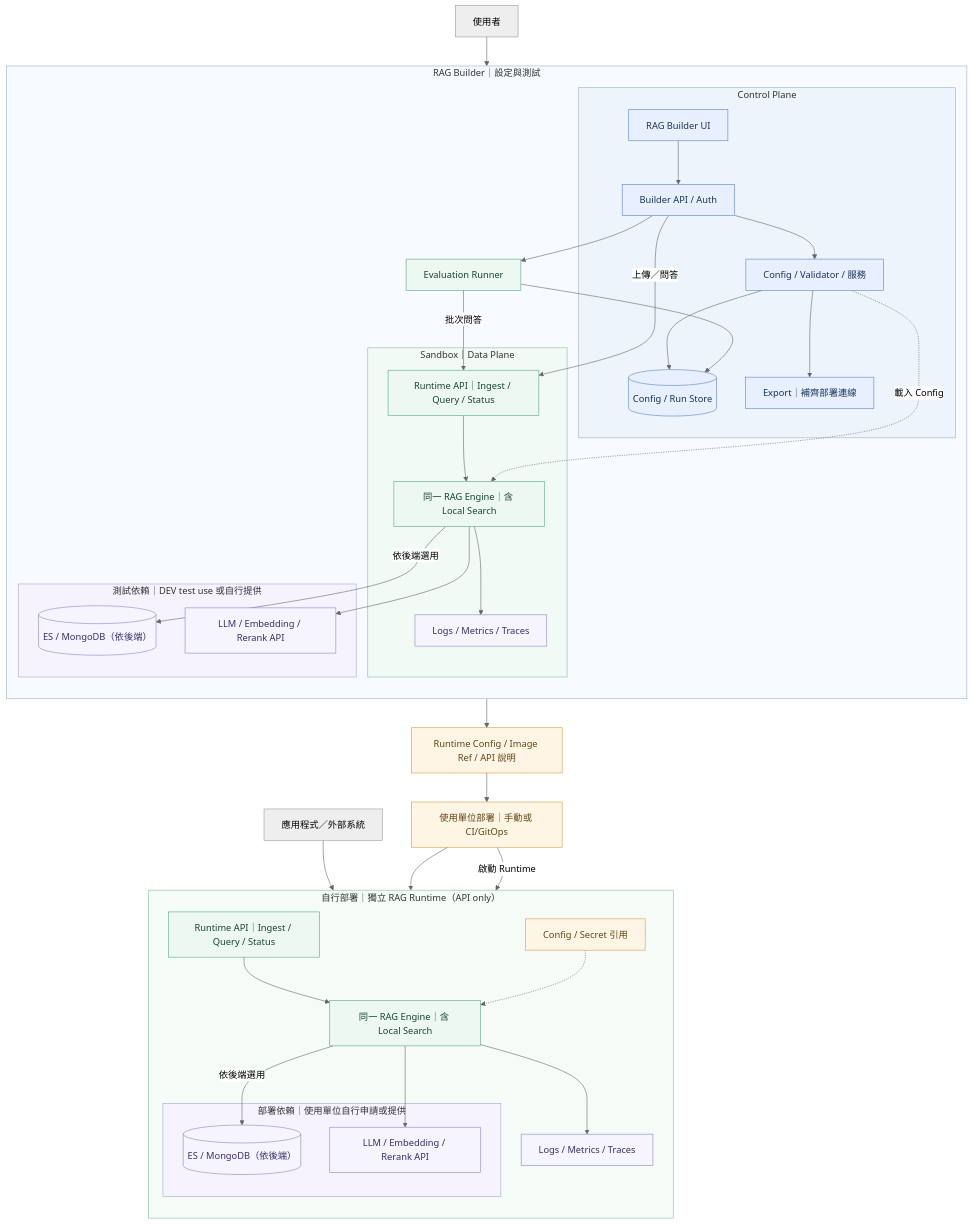
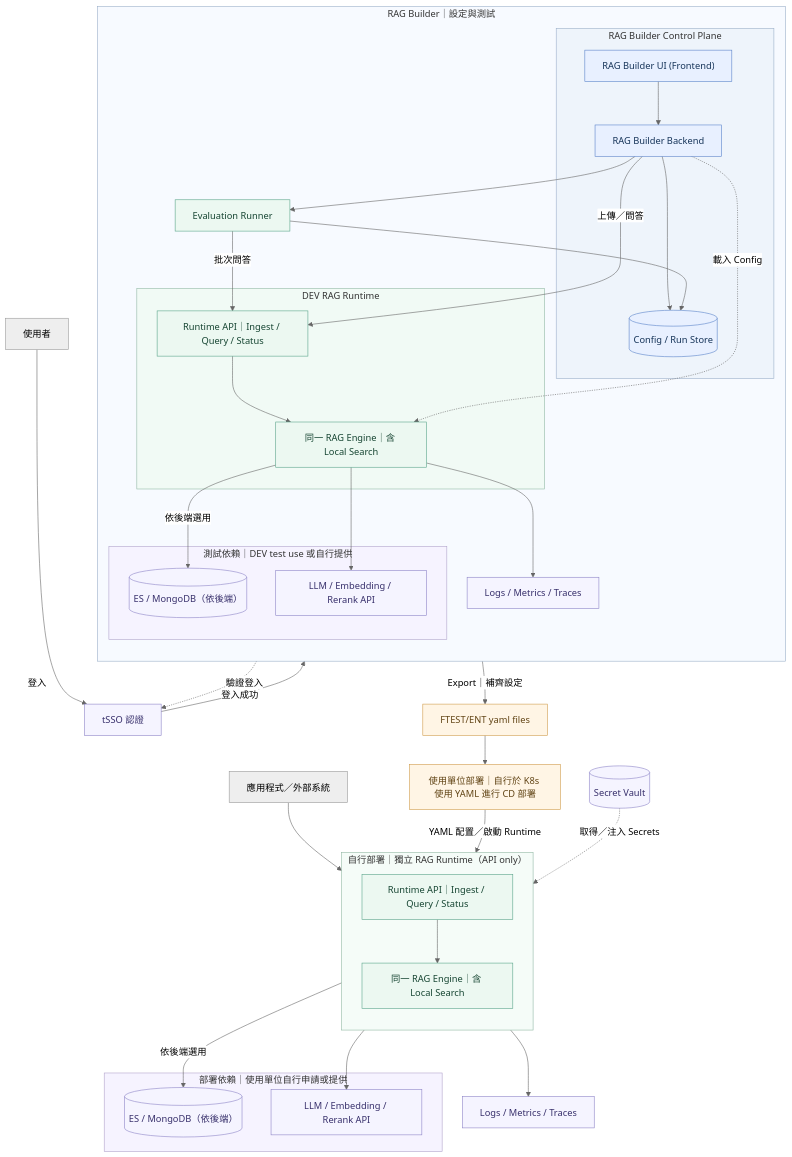
Before and after one commit to SunnyWenwen/rag_platform: the diagram in diagrams/02_infra_architecture.mmd, drawn with Mermaid (neutral theme). The commit also changed other lines of this file and 3 other files, not shown here.

Commit message:
docs: clarify Builder control plane SSO and independent Runtime boundaries

```diff
--- a/diagrams/02_infra_architecture.mmd
+++ b/diagrams/02_infra_architecture.mmd
@@ -1,73 +1,74 @@
 flowchart TB
-  %% 2026-10-14: target architecture; runtime, APIs and deployment are not implemented yet.
-  %% Both environments use the same versioned Engine and Runtime API contract.
-  %% Local Search runs ingestion and inference in one process; Memory needs re-ingestion after restart.
-  %% Optional MongoDB persists Chunks/vectors for rebuilding FAISS and BM25, not for searching.
-  %% FAISS/BM25/Memory live inside the Engine; external DB nodes are conditional, not required by Memory.
+  %% Target architecture; tSSO, Runtime, Secret Vault and CD integration are not implemented in the Prototype.
+  %% tSSO edges show the login/authentication relationship, not a proxy for every business request.
+  %% Frontend and Backend form the RAG Builder Control Plane; Config/Validator/service settings/Export are Backend functions.
+  %% Both Runtime environments use the same versioned Engine and API contract.
+  %% Local Search lives inside the Engine; optional MongoDB persists Chunks/vectors, not the search operation.
+  %% The independent Runtime boundary contains only Runtime API and Engine; dependencies, Vault and observability are external.
 
-  USER["使用者"] --> UI
+  USER["使用者"] -->|登入| SSO["tSSO 認證"]
+  SSO -->|登入成功| UI
 
   subgraph DEV["RAG Builder｜設定與測試"]
     direction TB
-    subgraph CP["Control Plane"]
-      UI["RAG Builder UI"] --> PAPI["Builder API / Auth"]
-      PAPI --> CONF["Config / Validator / 服務"]
-      CONF --> META[("Config / Run Store")]
-      CONF --> EXPORT["Export｜補齊部署連線"]
+    subgraph CP["RAG Builder Control Plane"]
+      UI["RAG Builder UI (Frontend)"] --> BACKEND["RAG Builder Backend"]
+      BACKEND --> META[("Config / Run Store")]
     end
 
-    PAPI -->|"上傳／問答"| DAPI
-    PAPI --> EVAL["Evaluation Runner"]
+    BACKEND -->|"上傳／問答"| DAPI
+    BACKEND --> EVAL["Evaluation Runner"]
     EVAL -->|"批次問答"| DAPI
     EVAL --> META
 
-    subgraph SANDBOX["Sandbox｜Data Plane"]
+    subgraph SANDBOX["DEV RAG Runtime"]
       DAPI["Runtime API｜Ingest / Query / Status"] --> DENGINE["同一 RAG Engine｜含 Local Search"]
-      CONF -.->|"載入 Config"| DENGINE
-      DENGINE --> DOBS["Logs / Metrics / Traces"]
+      BACKEND -.->|"載入 Config"| DENGINE
     end
+
+    DENGINE --> DOBS["Logs / Metrics / Traces"]
 
     subgraph DRES["測試依賴｜DEV test use 或自行提供"]
       DSEARCH[("ES / MongoDB（依後端）")]
       DMODEL["LLM / Embedding / Rerank API"]
     end
     DENGINE -->|"依後端選用"| DSEARCH
     DENGINE --> DMODEL
   end
 
-  EXPORT --> BUNDLE["Runtime Config / Image Ref / API 說明"]
-  BUNDLE --> DEPLOY["使用單位部署｜手動或 CI/GitOps"]
+  BACKEND -.->|驗證登入| SSO
+  BACKEND -->|"Export｜補齊設定"| FILES["FTEST/ENT yaml files"]
+  FILES --> DEPLOY["使用單位部署｜自行於 K8s 使用 YAML 進行 CD 部署"]
 
   APP["應用程式／外部系統"] --> RAPI
+  DEPLOY -->|"YAML 配置／啟動 Runtime"| PENGINE
 
   subgraph PROD["自行部署｜獨立 RAG Runtime（API only）"]
     direction TB
     RAPI["Runtime API｜Ingest / Query / Status"] --> PENGINE["同一 RAG Engine｜含 Local Search"]
-    PCONF["Config / Secret 引用"] -.-> PENGINE
-    PENGINE --> POBS["Logs / Metrics / Traces"]
-
-    subgraph PRES["部署依賴｜使用單位自行申請或提供"]
-      PSEARCH[("ES / MongoDB（依後端）")]
-      PMODEL["LLM / Embedding / Rerank API"]
-    end
-    PENGINE -->|"依後端選用"| PSEARCH
-    PENGINE --> PMODEL
   end
 
-  DEPLOY --> PCONF
-  DEPLOY -->|"啟動 Runtime"| PENGINE
+  VAULT[("Secret Vault")] -.->|"取得／注入 Secrets"| PENGINE
+  PENGINE --> POBS["Logs / Metrics / Traces"]
+
+  subgraph PRES["部署依賴｜使用單位自行申請或提供"]
+    PSEARCH[("ES / MongoDB（依後端）")]
+    PMODEL["LLM / Embedding / Rerank API"]
+  end
+  PENGINE -->|"依後端選用"| PSEARCH
+  PENGINE --> PMODEL
 
   classDef control fill:#e8f0ff,stroke:#5881c8,color:#163459
   classDef runtime fill:#ecf8f1,stroke:#58a389,color:#174633
   classDef resource fill:#f5f4ff,stroke:#8c83c6,color:#372f6b
   classDef delivery fill:#fff5e5,stroke:#cf9b4a,color:#624516
-  class UI,PAPI,CONF,META,EXPORT control
+  class UI,BACKEND,META control
   class DAPI,DENGINE,EVAL,RAPI,PENGINE runtime
-  class DSEARCH,DMODEL,PSEARCH,PMODEL,DOBS,POBS resource
-  class BUNDLE,DEPLOY,PCONF delivery
+  class SSO,VAULT,DSEARCH,DMODEL,PSEARCH,PMODEL,DOBS,POBS resource
+  class FILES,DEPLOY delivery
   style DEV fill:#f7faff,stroke:#9aafc9
   style CP fill:#eef4fb,stroke:#9aafc9
   style SANDBOX fill:#f1faf5,stroke:#90b7a3
   style DRES fill:#f6f3ff,stroke:#b1a3ca
   style PROD fill:#f5fcf8,stroke:#90b7a3
   style PRES fill:#f6f3ff,stroke:#b1a3ca
```
